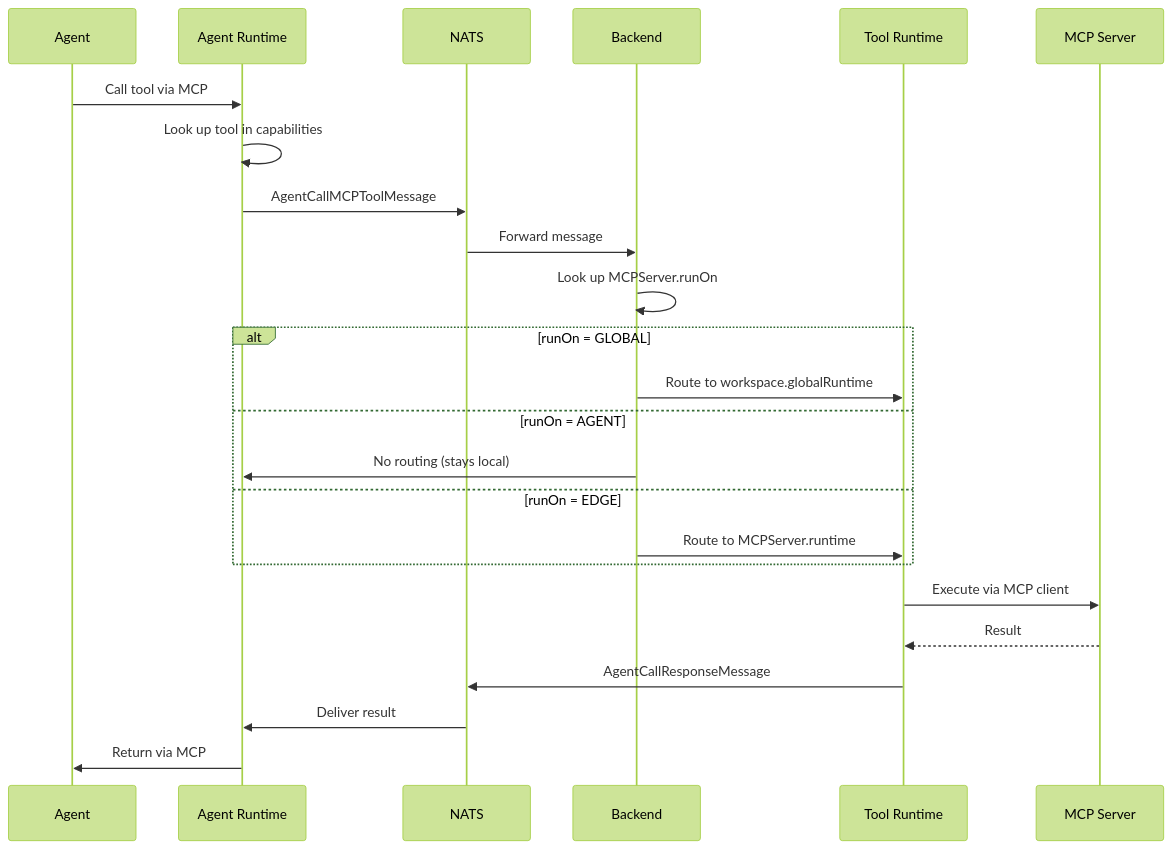
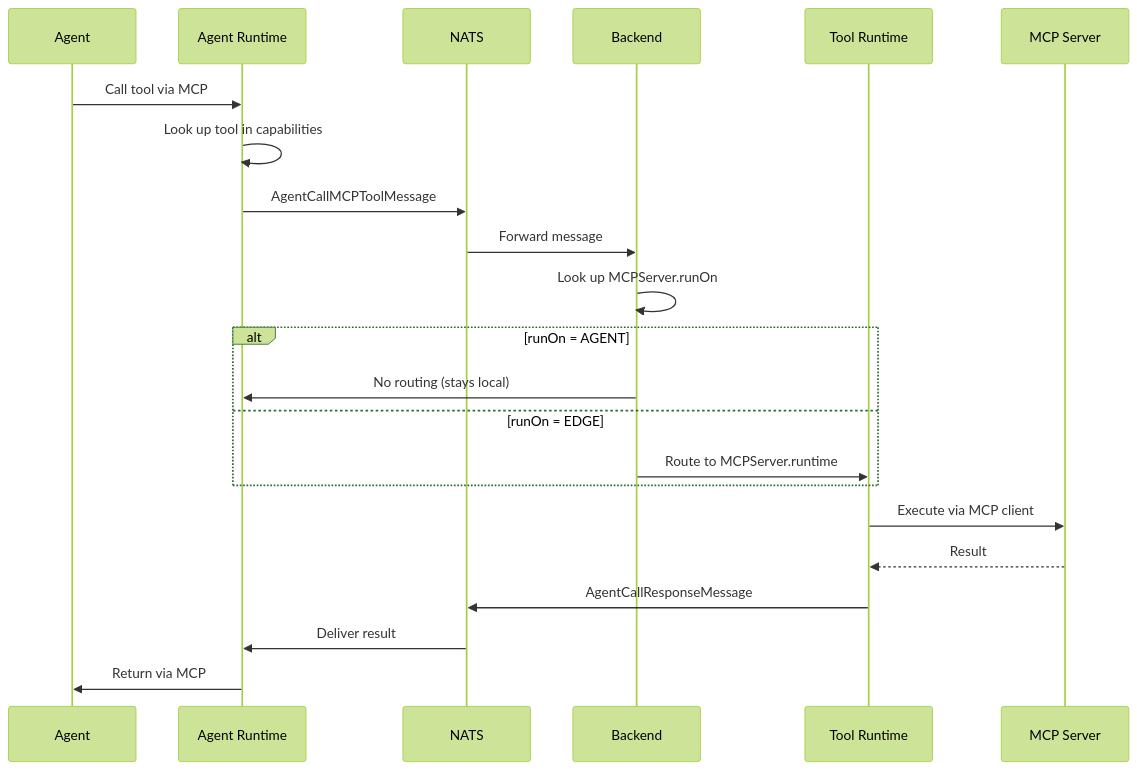
One commit to AlpinAI/2ly changed the diagram in packages/doc/content/docs/deep-dive/tool-routing.mdx. Above: the diagram before and after it, drawn with Mermaid (forest theme). The commit also changed other lines of this file and 129 other files, not shown here.

````diff
--- a/packages/doc/content/docs/deep-dive/tool-routing.mdx
+++ b/packages/doc/content/docs/deep-dive/tool-routing.mdx
@@ -11,29 +11,27 @@
 ```mermaid
 sequenceDiagram
     participant Agent
     participant Agent Runtime
     participant NATS
     participant Backend
     participant Tool Runtime
     participant MCP Server
 
     Agent->>Agent Runtime: Call tool via MCP
     Agent Runtime->>Agent Runtime: Look up tool in capabilities
     Agent Runtime->>NATS: AgentCallMCPToolMessage
     NATS->>Backend: Forward message
     Backend->>Backend: Look up MCPServer.runOn
 
-    alt runOn = GLOBAL
-        Backend->>Tool Runtime: Route to workspace.globalRuntime
-    else runOn = AGENT
+    alt runOn = AGENT
         Backend->>Agent Runtime: No routing (stays local)
     else runOn = EDGE
         Backend->>Tool Runtime: Route to MCPServer.runtime
     end
 
     Tool Runtime->>MCP Server: Execute via MCP client
     MCP Server-->>Tool Runtime: Result
     Tool Runtime->>NATS: AgentCallResponseMessage
     NATS->>Agent Runtime: Deliver result
     Agent Runtime->>Agent: Return via MCP
 ```
````
